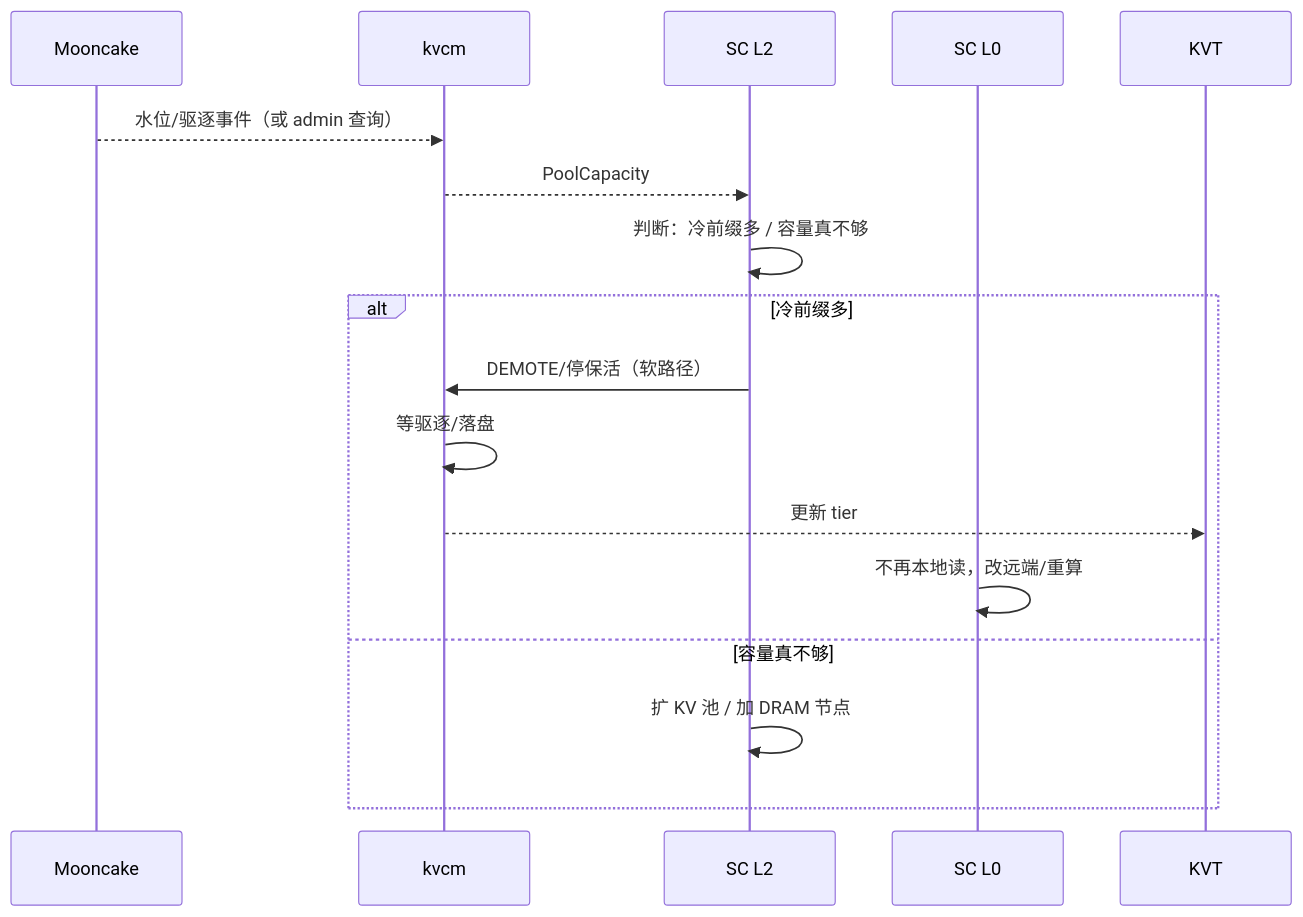
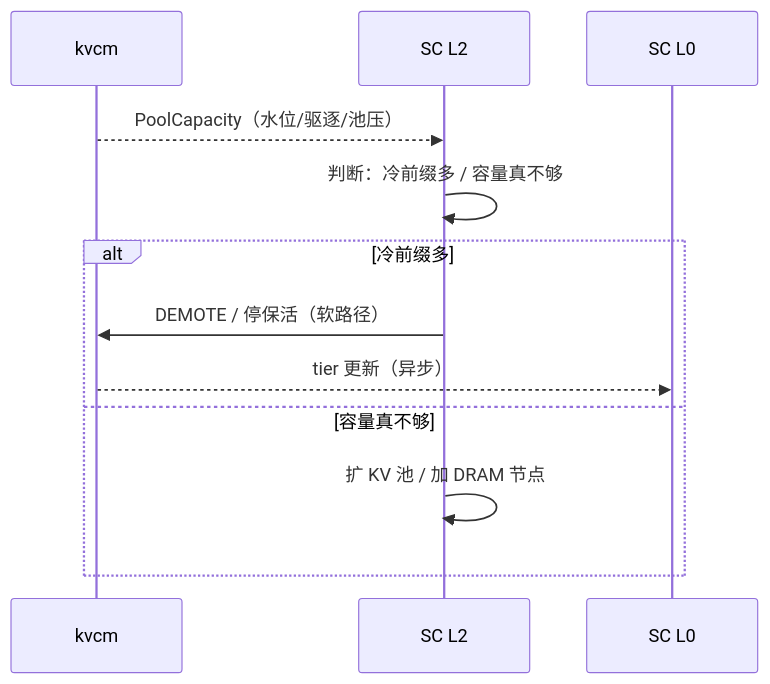
The seventh of 9 diagrams in kvcm/design/D8b-scheduling-sequences.md (5x8-40/lake), drawn with Mermaid before and after one commit. The commit also changed other lines of this file, not shown here.

````diff
--- a/kvcm/design/D8b-scheduling-sequences.md
+++ b/kvcm/design/D8b-scheduling-sequences.md
@@ -205,20 +194,15 @@
 ```mermaid
 sequenceDiagram
-    participant M as Mooncake
     participant K as kvcm
     participant L2 as SC L2
     participant R as SC L0
-    participant KVT as KVT
 
-    M-->>K: 水位/驱逐事件（或 admin 查询）
-    K-->>L2: PoolCapacity
+    K-->>L2: PoolCapacity（水位/驱逐/池压）
     L2->>L2: 判断：冷前缀多 / 容量真不够
     alt 冷前缀多
-        L2->>K: DEMOTE/停保活（软路径）
-        K->>K: 等驱逐/落盘
-        K-->>KVT: 更新 tier
-        R->>R: 不再本地读，改远端/重算
+        L2->>K: DEMOTE / 停保活（软路径）
+        K-->>R: tier 更新（异步）
     else 容量真不够
         L2->>L2: 扩 KV 池 / 加 DRAM 节点
     end
 ```
````
